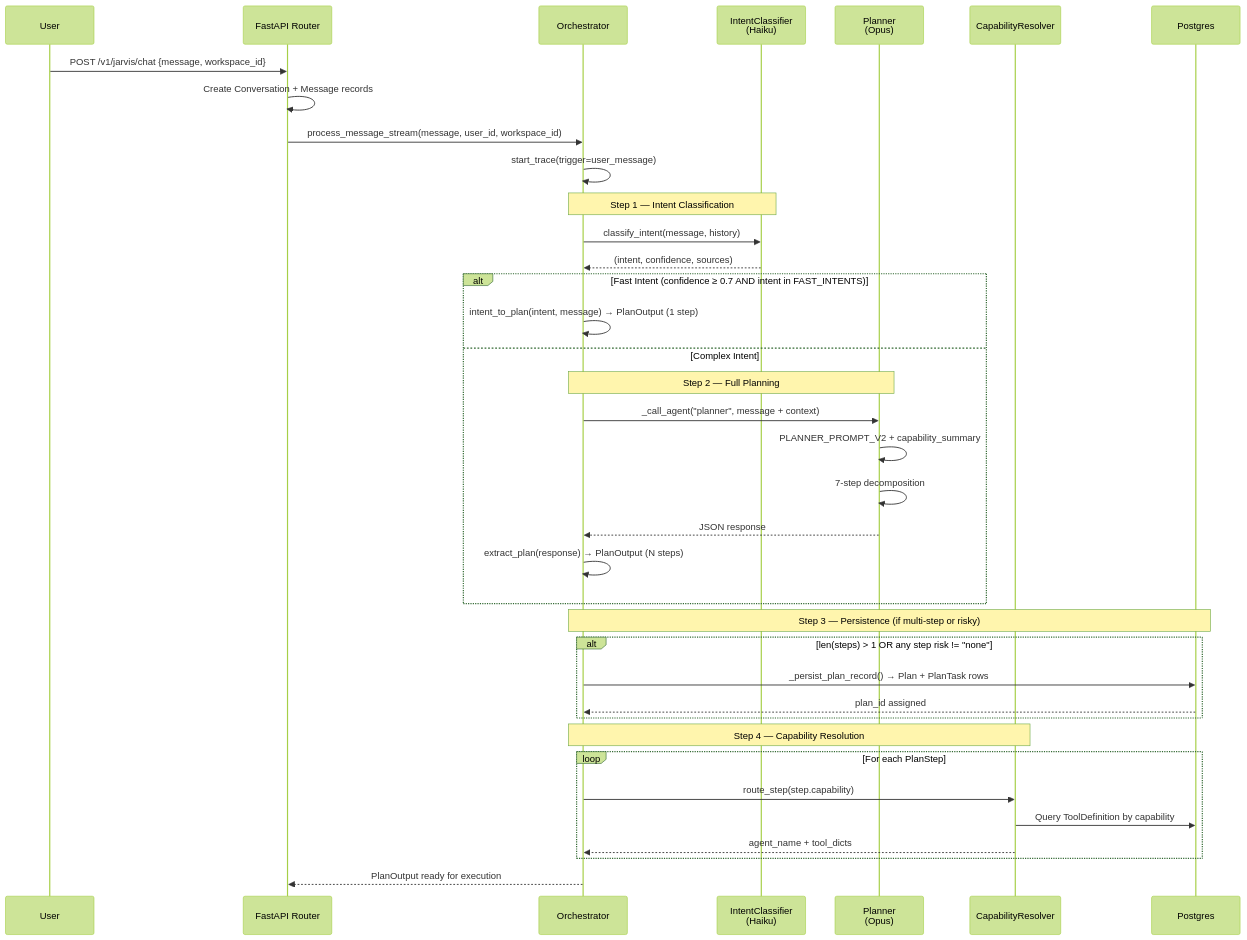
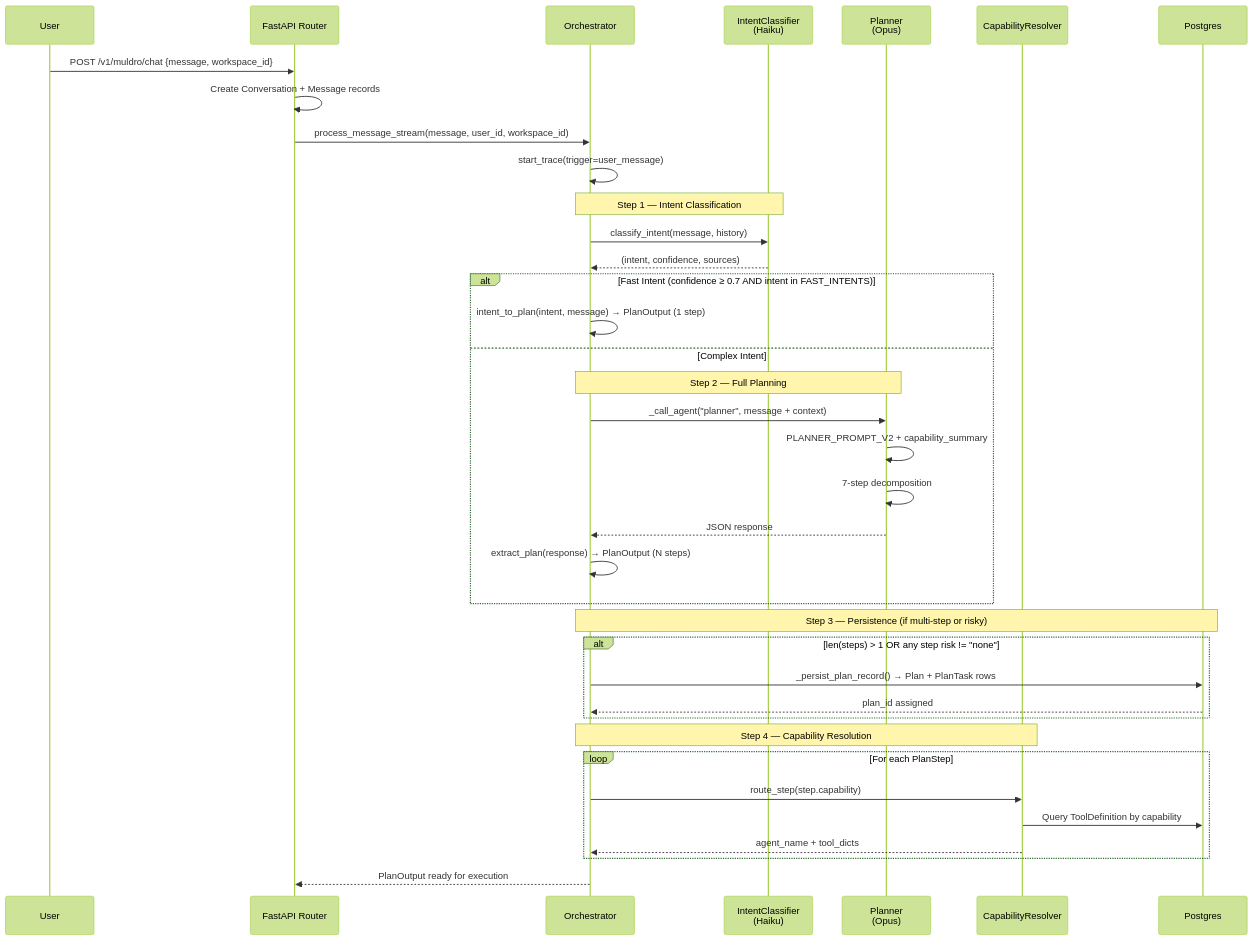
One commit to shivadharmi/muldro changed the third of 17 diagrams in docs/architecture/plan-execution-deep-dive.md. Above: the diagram before and after it, drawn with Mermaid (forest theme). The commit also changed other lines of this file and 359 other files, not shown here.

First line of the commit message:
chore: rebrand Jarvis to Muldro across the codebase

````diff
--- a/docs/architecture/plan-execution-deep-dive.md
+++ b/docs/architecture/plan-execution-deep-dive.md
@@ -145,45 +145,45 @@
 ```mermaid
 sequenceDiagram
     participant User
     participant API as FastAPI Router
     participant Orch as Orchestrator
     participant IC as IntentClassifier<br/>(Haiku)
     participant PL as Planner<br/>(Opus)
     participant CR as CapabilityResolver
     participant DB as Postgres
 
-    User->>API: POST /v1/jarvis/chat {message, workspace_id}
+    User->>API: POST /v1/muldro/chat {message, workspace_id}
     API->>API: Create Conversation + Message records
     API->>Orch: process_message_stream(message, user_id, workspace_id)
     Orch->>Orch: start_trace(trigger=user_message)
 
     Note over Orch,IC: Step 1 — Intent Classification
     Orch->>IC: classify_intent(message, history)
     IC-->>Orch: (intent, confidence, sources)
 
     alt Fast Intent (confidence ≥ 0.7 AND intent in FAST_INTENTS)
         Orch->>Orch: intent_to_plan(intent, message) → PlanOutput (1 step)
     else Complex Intent
         Note over Orch,PL: Step 2 — Full Planning
         Orch->>PL: _call_agent("planner", message + context)
         PL->>PL: PLANNER_PROMPT_V2 + capability_summary
         PL->>PL: 7-step decomposition
         PL-->>Orch: JSON response
         Orch->>Orch: extract_plan(response) → PlanOutput (N steps)
     end
 
     Note over Orch,DB: Step 3 — Persistence (if multi-step or risky)
     alt len(steps) > 1 OR any step risk != "none"
         Orch->>DB: _persist_plan_record() → Plan + PlanTask rows
         DB-->>Orch: plan_id assigned
     end
 
     Note over Orch,CR: Step 4 — Capability Resolution
     loop For each PlanStep
         Orch->>CR: route_step(step.capability)
         CR->>DB: Query ToolDefinition by capability
         CR-->>Orch: agent_name + tool_dicts
     end
 
     Orch-->>API: PlanOutput ready for execution
 ```
````
